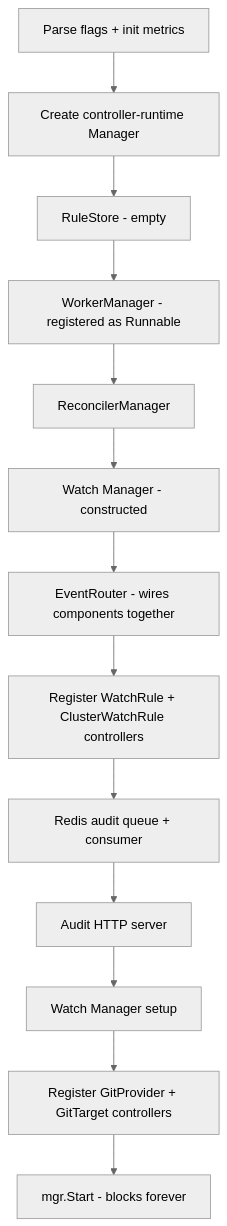
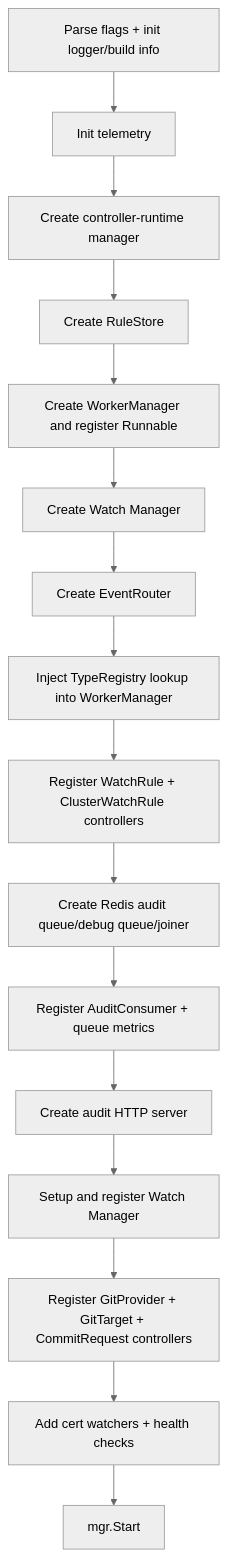
The third of 3 diagrams in docs/architecture.md (ConfigButler/gitops-reverser), drawn with Mermaid (neutral theme) before and after one commit. The commit also changed other lines of this file and 2 other files, not shown here.

Commit message:
chore: re-enable serial and updating architecture

````diff
--- a/docs/architecture.md
+++ b/docs/architecture.md
@@ -555,15 +627,18 @@
 ```mermaid
 flowchart TD
-    A[Parse flags + init metrics] --> B[Create controller-runtime Manager]
-    B --> C[RuleStore - empty]
-    C --> D[WorkerManager - registered as Runnable]
-    D --> E[ReconcilerManager]
-    E --> F[Watch Manager - constructed]
-    F --> G[EventRouter - wires components together]
-    G --> H[Register WatchRule + ClusterWatchRule controllers]
-    H --> I[Redis audit queue + consumer]
-    I --> J[Audit HTTP server]
-    J --> K[Watch Manager setup]
-    K --> L[Register GitProvider + GitTarget controllers]
-    L --> M[mgr.Start - blocks forever]
+    A[Parse flags + init logger/build info] --> B[Init telemetry]
+    B --> C[Create controller-runtime manager]
+    C --> D[Create RuleStore]
+    D --> E[Create WorkerManager and register Runnable]
+    E --> F[Create Watch Manager]
+    F --> G[Create EventRouter]
+    G --> H[Inject TypeRegistry lookup into WorkerManager]
+    H --> I[Register WatchRule + ClusterWatchRule controllers]
+    I --> J[Create Redis audit queue/debug queue/joiner]
+    J --> K[Register AuditConsumer + queue metrics]
+    K --> L[Create audit HTTP server]
+    L --> M[Setup and register Watch Manager]
+    M --> N[Register GitProvider + GitTarget + CommitRequest controllers]
+    N --> O[Add cert watchers + health checks]
+    O --> P[mgr.Start]
 ```
````
